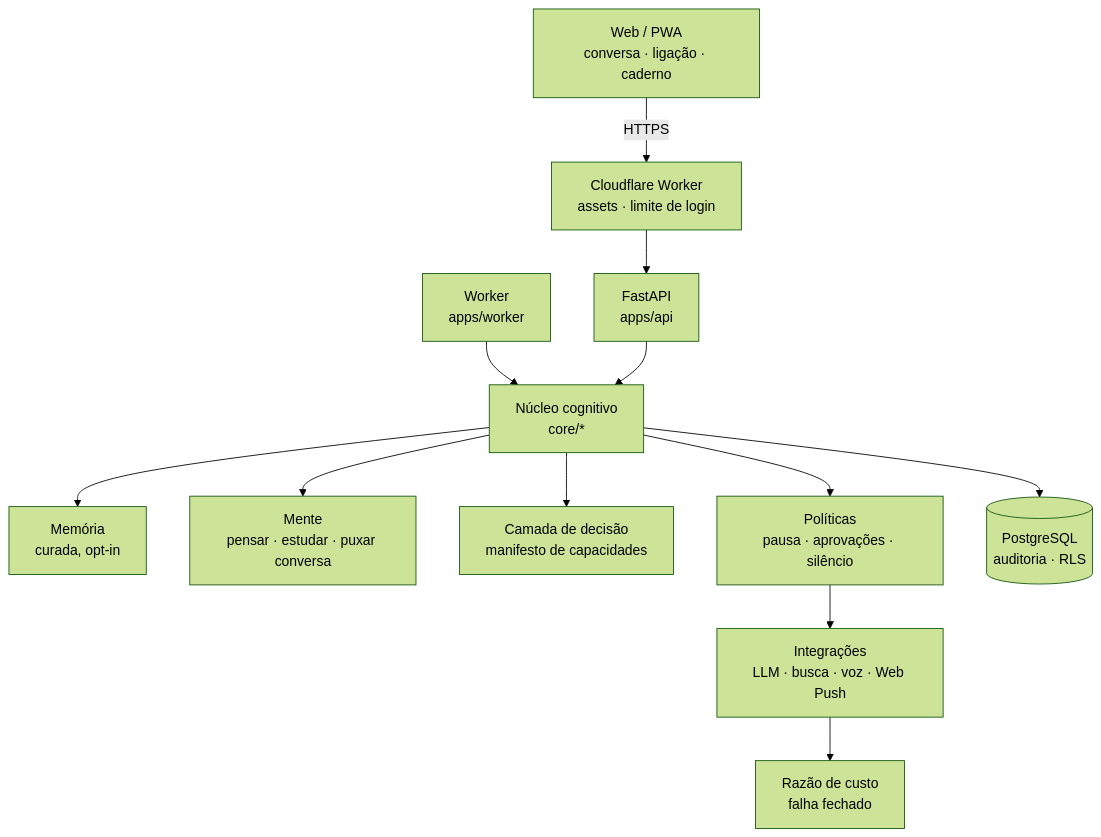
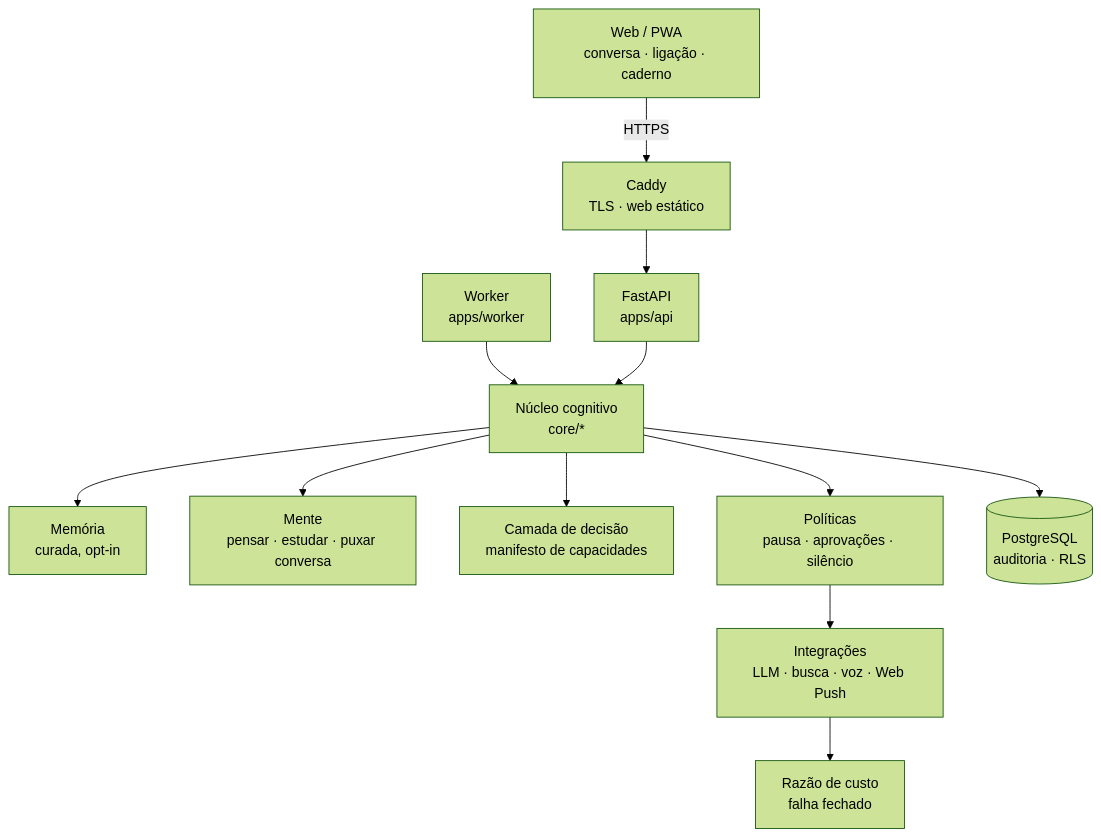
The diagram in README.pt-BR.md (Allisonfreittass/visao), drawn with Mermaid (forest theme) before and after one commit. The commit also changed other lines of this file and 53 other files, not shown here.

````diff
--- a/README.pt-BR.md
+++ b/README.pt-BR.md
@@ -34,14 +35,14 @@
 ```mermaid
 flowchart TB
-  web["Web / PWA<br/>conversa · ligação · caderno"] -->|HTTPS| edge["Cloudflare Worker<br/>assets · limite de login"]
+  web["Web / PWA<br/>conversa · ligação · caderno"] -->|HTTPS| edge["Caddy<br/>TLS · web estático"]
   edge --> api["FastAPI<br/>apps/api"]
   worker["Worker<br/>apps/worker"] --> core
   api --> core["Núcleo cognitivo<br/>core/*"]
   core --> memory["Memória<br/>curada, opt-in"]
   core --> mind["Mente<br/>pensar · estudar · puxar conversa"]
   core --> decision["Camada de decisão<br/>manifesto de capacidades"]
   core --> gate["Políticas<br/>pausa · aprovações · silêncio"]
   gate --> integrations["Integrações<br/>LLM · busca · voz · Web Push"]
   integrations --> ledger["Razão de custo<br/>falha fechado"]
   core --> db[("PostgreSQL<br/>auditoria · RLS")]
 ```
````
